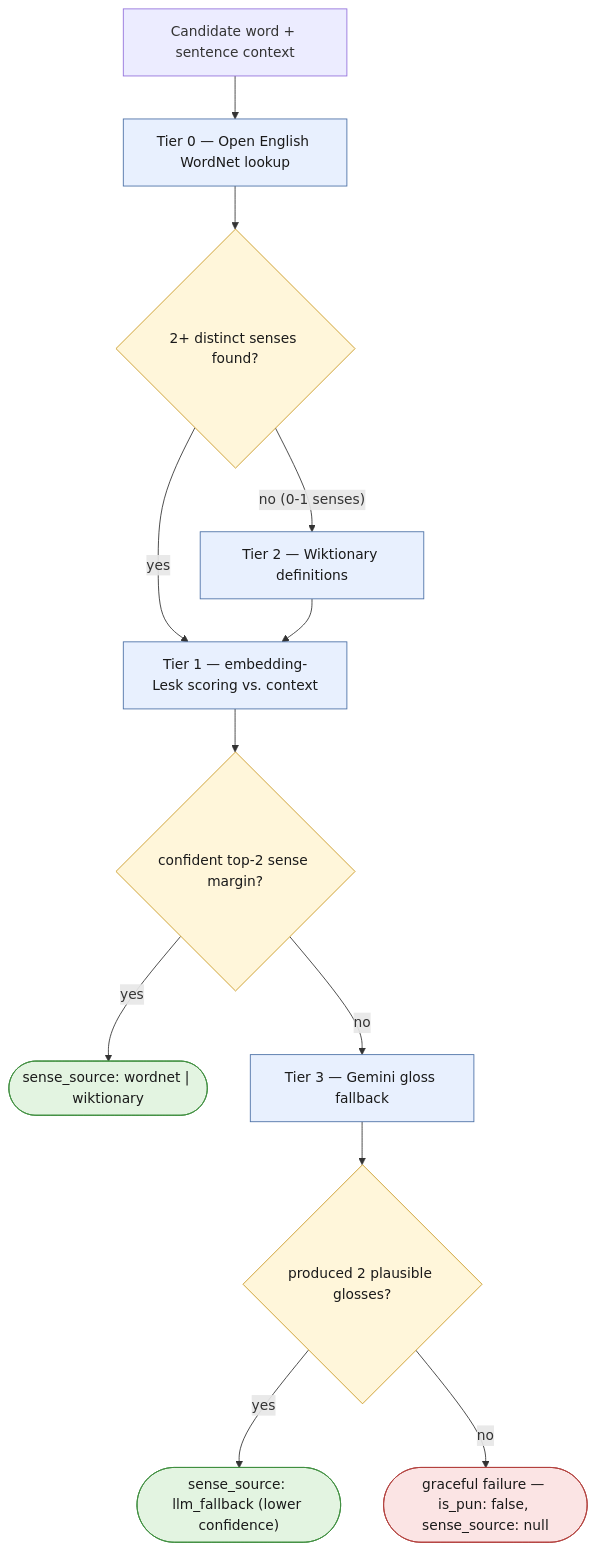
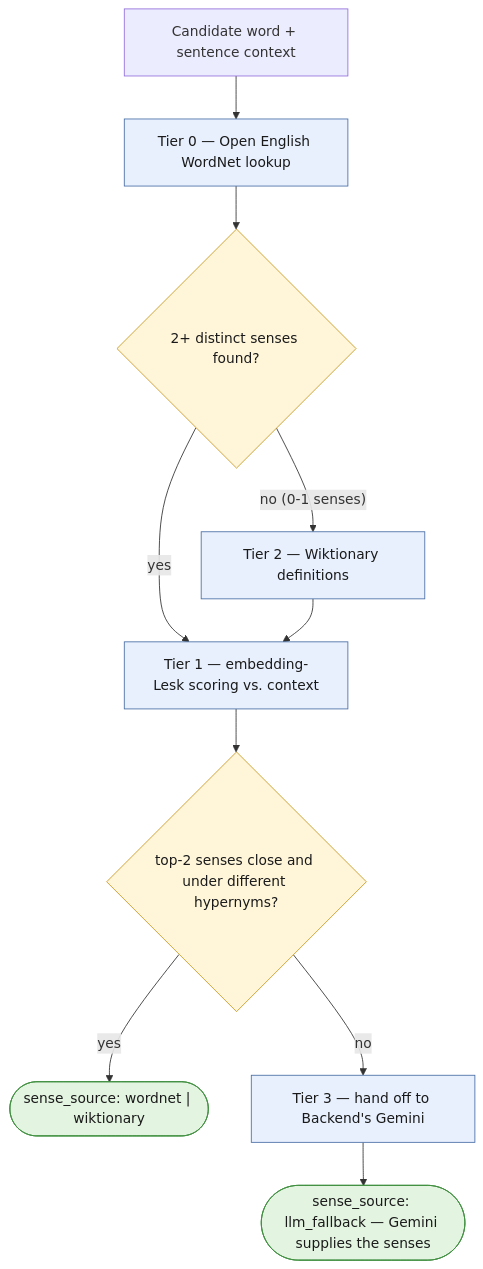
One commit to team-play/pun-analysis-agent changed the second of 2 diagrams in docs/design/sense-selection.md. Above: the diagram before and after it, drawn with Mermaid. The commit also changed other lines of this file and 16 other files, not shown here.

First line of the commit message:
Design: Tier 3 hands off to Backend's Gemini via sense_source llm_fallback (#31)

````diff
--- a/docs/design/sense-selection.md
+++ b/docs/design/sense-selection.md
@@ -30,23 +31,19 @@
 ```mermaid
 flowchart TD
     IN["Candidate word + sentence context"] --> T0["Tier 0 — Open English WordNet lookup"]
     T0 --> D0{"2+ distinct senses found?"}
     D0 -- "yes" --> T1["Tier 1 — embedding-Lesk scoring vs. context"]
     D0 -- "no (0-1 senses)" --> T2["Tier 2 — Wiktionary definitions"]
     T2 --> T1
-    T1 --> D1{"confident top-2 sense margin?"}
+    T1 --> D1{"top-2 senses close and under different hypernyms?"}
     D1 -- "yes" --> OK1(["sense_source: wordnet | wiktionary"])
-    D1 -- "no" --> T3["Tier 3 — Gemini gloss fallback"]
-    T3 --> D3{"produced 2 plausible glosses?"}
-    D3 -- "yes" --> OK2(["sense_source: llm_fallback (lower confidence)"])
-    D3 -- "no" --> FAIL(["graceful failure — is_pun: false, sense_source: null"])
+    D1 -- "no" --> T3["Tier 3 — hand off to Backend's Gemini"]
+    T3 --> OK2(["sense_source: llm_fallback — Gemini supplies the senses"])
 
     classDef tier fill:#e8f0fe,stroke:#4a6fa5,color:#1a1a1a;
     classDef decision fill:#fff6da,stroke:#c9971f,color:#1a1a1a;
     classDef success fill:#e3f4e1,stroke:#3f8f3f,color:#1a1a1a;
-    classDef failure fill:#fbe4e4,stroke:#b3413d,color:#1a1a1a;
     class T0,T1,T2,T3 tier;
-    class D0,D1,D3 decision;
+    class D0,D1 decision;
     class OK1,OK2 success;
-    class FAIL failure;
 ```
````
